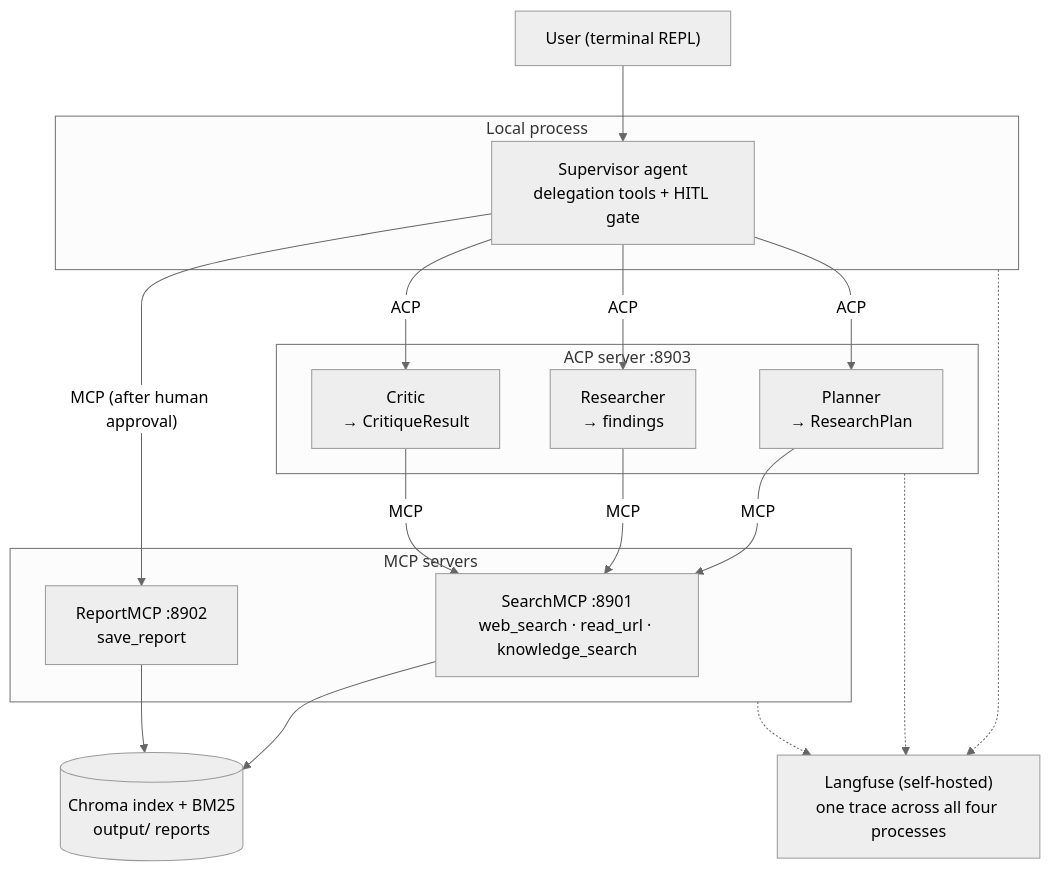
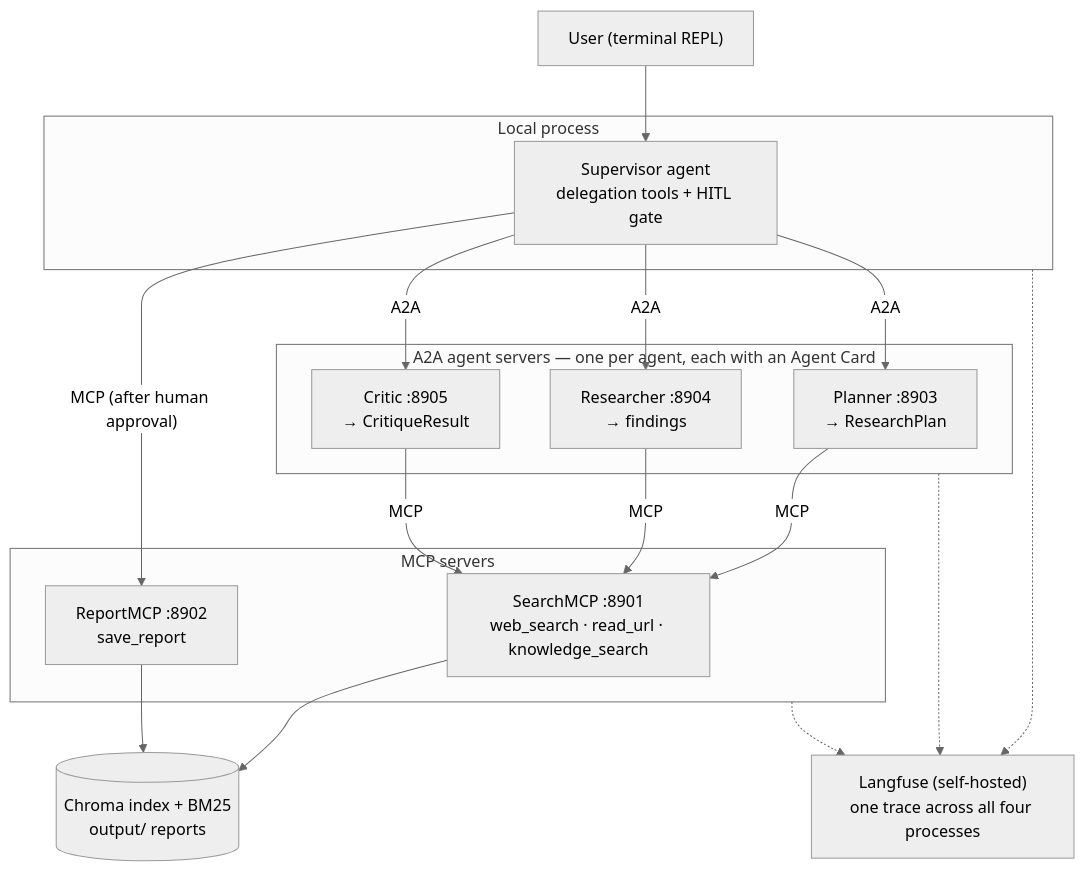
One commit to felkost/MA_systems_hl10 changed the first of 2 diagrams in README.md. Above: the diagram before and after it, drawn with Mermaid (neutral theme). The commit also changed other lines of this file and 3 other files, not shown here.

````diff
--- a/README.md
+++ b/README.md
@@ -16,36 +17,36 @@
 ```mermaid
 flowchart TD
     User["User (terminal REPL)"]
 
     subgraph Local["Local process"]
         Supervisor["Supervisor agent<br/>delegation tools + HITL gate"]
     end
 
-    subgraph ACP["ACP server :8903"]
-        Planner["Planner<br/>→ ResearchPlan"]
-        Researcher["Researcher<br/>→ findings"]
-        Critic["Critic<br/>→ CritiqueResult"]
+    subgraph A2A["A2A agent servers — one per agent, each with an Agent Card"]
+        Planner["Planner :8903<br/>→ ResearchPlan"]
+        Researcher["Researcher :8904<br/>→ findings"]
+        Critic["Critic :8905<br/>→ CritiqueResult"]
     end
 
     subgraph MCP["MCP servers"]
         Search["SearchMCP :8901<br/>web_search · read_url · knowledge_search"]
         Report["ReportMCP :8902<br/>save_report"]
     end
 
     Stores[("Chroma index + BM25<br/>output/ reports")]
     Langfuse["Langfuse (self-hosted)<br/>one trace across all four processes"]
 
     User --> Supervisor
-    Supervisor -- ACP --> Planner
-    Supervisor -- ACP --> Researcher
-    Supervisor -- ACP --> Critic
+    Supervisor -- A2A --> Planner
+    Supervisor -- A2A --> Researcher
+    Supervisor -- A2A --> Critic
     Supervisor -- "MCP (after human approval)" --> Report
     Planner -- MCP --> Search
     Researcher -- MCP --> Search
     Critic -- MCP --> Search
     Search --> Stores
     Report --> Stores
     Local -.-> Langfuse
-    ACP -.-> Langfuse
+    A2A -.-> Langfuse
     MCP -.-> Langfuse
 ```
````
